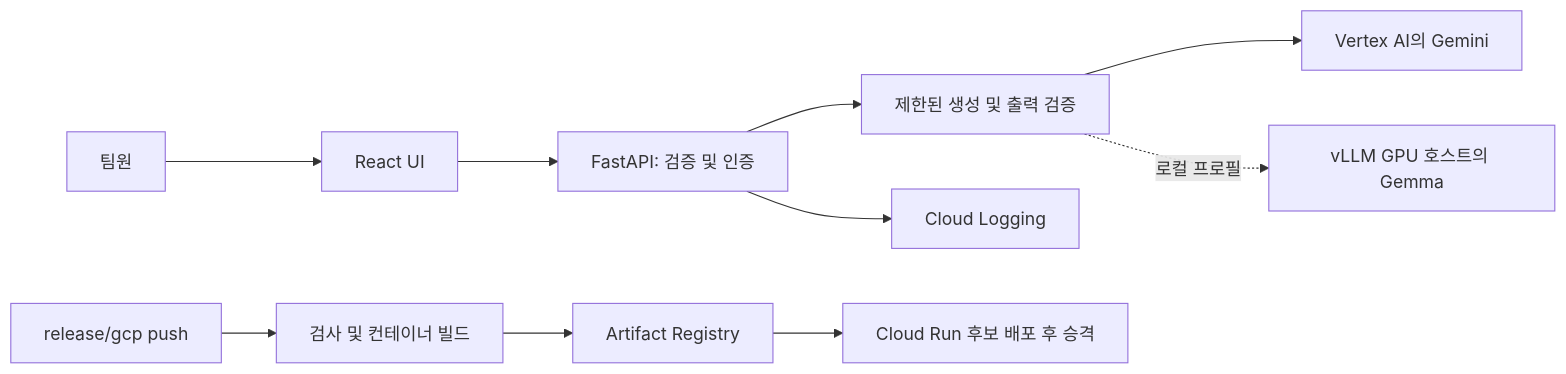
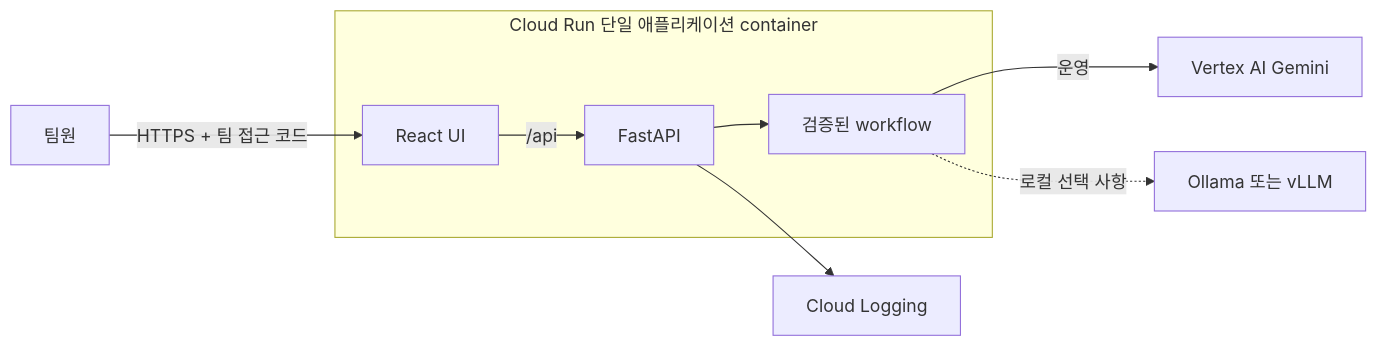
The first of 4 diagrams in docs/architecture.md (Sihyeon-Ji/trend-interpreter), drawn with Mermaid before and after one commit. The commit also changed other lines of this file and 5 other files, not shown here.

Commit message:
docs: clarify architecture and cloud costs

````diff
--- a/docs/architecture.md
+++ b/docs/architecture.md
@@ -9,12 +20,15 @@
 ```mermaid
 flowchart LR
-  User[팀원] --> UI[React UI]
-  UI --> API[FastAPI: 검증 및 인증]
-  API --> Workflow[제한된 생성 및 출력 검증]
-  Workflow --> Gemini[Vertex AI의 Gemini]
-  Workflow -. 로컬 프로필 .-> Gemma[vLLM GPU 호스트의 Gemma]
+  User[팀원] -->|HTTPS + 팀 접근 코드| UI
+
+  subgraph Run[Cloud Run 단일 애플리케이션 container]
+    UI[React UI]
+    API[FastAPI]
+    Flow[검증된 workflow]
+    UI -->|/api| API --> Flow
+  end
+
+  Flow -->|운영| Gemini[Vertex AI Gemini]
+  Flow -.->|로컬 선택 사항| Local[Ollama 또는 vLLM]
   API --> Logs[Cloud Logging]
-  GitHub[release/gcp push] --> CI[검사 및 컨테이너 빌드]
-  CI --> Registry[Artifact Registry]
-  Registry --> Run[Cloud Run 후보 배포 후 승격]
 ```
````
